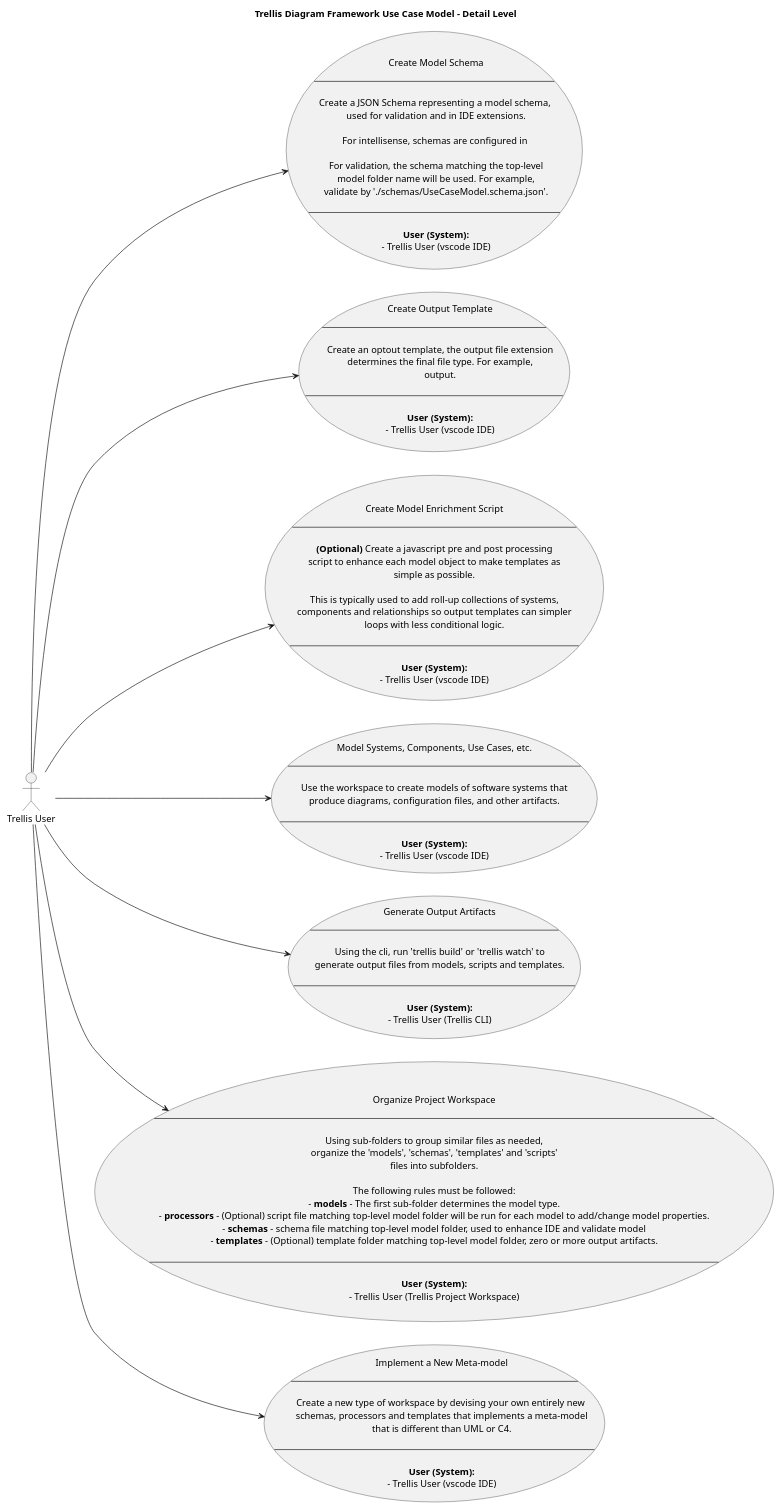
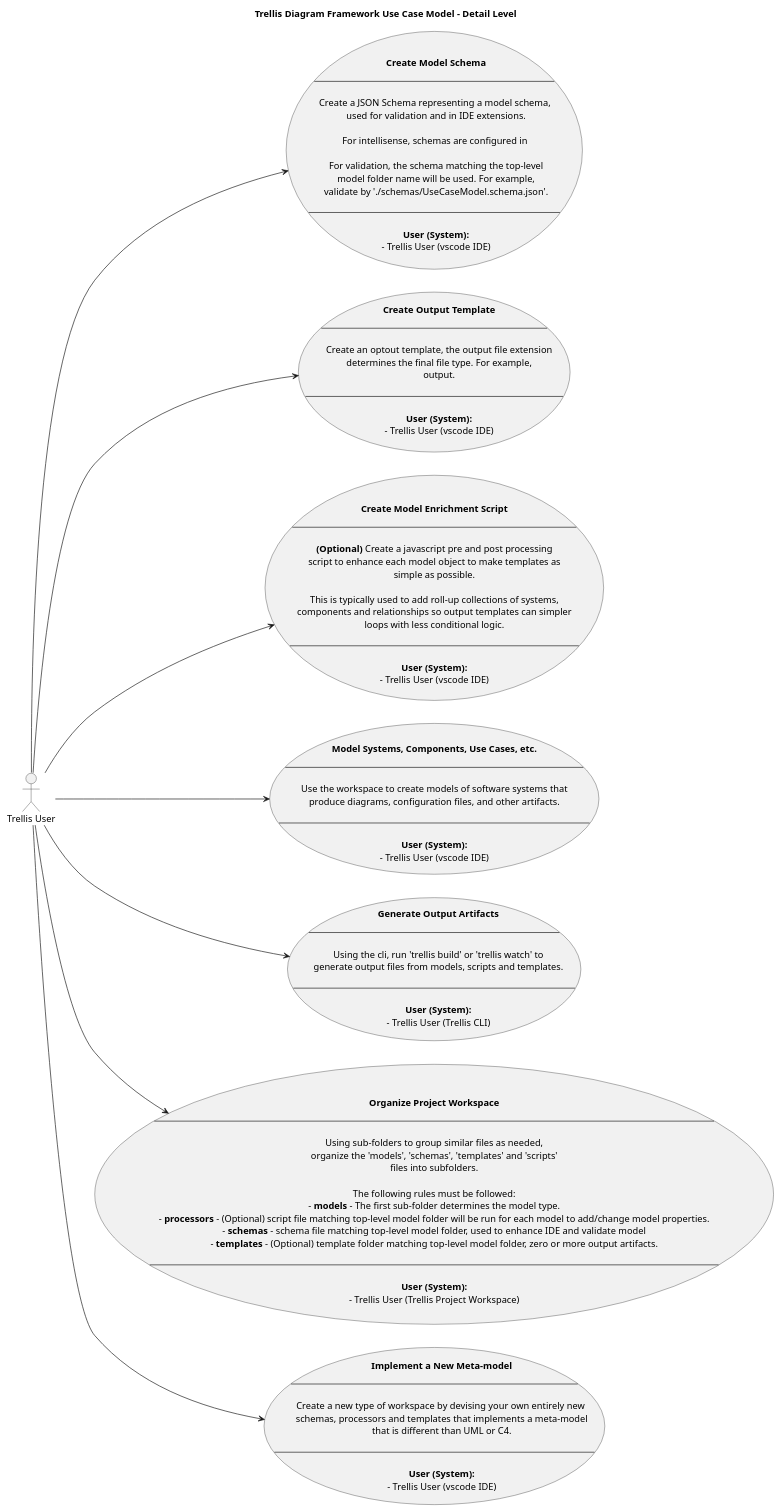
One commit to garrettsutula/example-trellis-project changed the second of 4 diagrams in output/UseCaseModel/trellis/Diagrams.puml. Above: the diagram before and after it, drawn with PlantUML. The commit also changed other lines of this file and 18 other files, not shown here.

```diff
--- a/output/UseCaseModel/trellis/Diagrams.puml
+++ b/output/UseCaseModel/trellis/Diagrams.puml
@@ -25,123 +25,130 @@
 @startuml Detail-Level Use Case Model - Trellis Diagram Framework
 title Trellis Diagram Framework Use Case Model - Detail Level
 left to right direction
 
   usecase CreateModelSchema as "
-  Create Model Schema
+  **Create Model Schema**
   
   --
   
   Create a JSON Schema representing a model schema, 
   used for validation and in IDE extensions.
   
   For intellisense, schemas are configured in 
   './.vscode/settings.json'.
   
   For validation, the schema matching the top-level
   model folder name will be used. For example,
   './models/UseCaseModel/trellis.puml' will be
   validate by './schemas/UseCaseModel.schema.json'.
   
   --
   
   **User (System):**
   - Trellis User (vscode IDE)"
+
   usecase CreateOutputTemplate as "
-  Create Output Template
+  **Create Output Template**
   
   --
   
   Create an optout template, the output file extension
   determines the final file type. For example,
   'System.puml.hbs' will create a '.puml' file as
   output.
   
   --
   
   **User (System):**
   - Trellis User (vscode IDE)"
+
   usecase CreateModelEnrichmentScript as "
-  Create Model Enrichment Script
+  **Create Model Enrichment Script**
   
   --
   
   **(Optional)** Create a javascript pre and post processing
   script to enhance each model object to make templates as
   simple as possible.
   
   This is typically used to add roll-up collections of systems,
   components and relationships so output templates can simpler
   loops with less conditional logic.
   
   --
   
   **User (System):**
   - Trellis User (vscode IDE)"
+
   usecase ModelSystemsComponentsUseCasesetc as "
-  Model Systems, Components, Use Cases, etc.
+  **Model Systems, Components, Use Cases, etc.**
   
   --
   
   Use the workspace to create models of software systems that
   produce diagrams, configuration files, and other artifacts.
   
   --
   
   **User (System):**
   - Trellis User (vscode IDE)"
+
   usecase GenerateOutputArtifacts as "
-  Generate Output Artifacts
+  **Generate Output Artifacts**
   
   --
   
   Using the cli, run 'trellis build' or 'trellis watch' to
   generate output files from models, scripts and templates.
   
   --
   
   **User (System):**
   - Trellis User (Trellis CLI)"
+
   usecase OrganizeProjectWorkspace as "
-  Organize Project Workspace
+  **Organize Project Workspace**
   
   --
   
   Using sub-folders to group similar files as needed,
   organize the 'models', 'schemas', 'templates' and 'scripts'
   files into subfolders.
   
   The following rules must be followed:
   - **models** - The first sub-folder determines the model type.
   - **processors** - (Optional) script file matching top-level model folder will be run for each model to add/change model properties.
   - **schemas** - schema file matching top-level model folder, used to enhance IDE and validate model
   - **templates** - (Optional) template folder matching top-level model folder, zero or more output artifacts.
   
   --
   
   **User (System):**
   - Trellis User (Trellis Project Workspace)"
+
   usecase ImplementaNewMetamodel as "
-  Implement a New Meta-model
+  **Implement a New Meta-model**
   
   --
   
   Create a new type of workspace by devising your own entirely new 
   schemas, processors and templates that implements a meta-model
   that is different than UML or C4.
   
   --
   
   **User (System):**
   - Trellis User (vscode IDE)"
 
+
   actor "Trellis User" as TrellisUser
 
   TrellisUser --> CreateModelSchema
   TrellisUser --> CreateOutputTemplate
   TrellisUser --> CreateModelEnrichmentScript
   TrellisUser --> ModelSystemsComponentsUseCasesetc
   TrellisUser --> GenerateOutputArtifacts
   TrellisUser --> OrganizeProjectWorkspace
   TrellisUser --> ImplementaNewMetamodel
 
 @enduml
```
